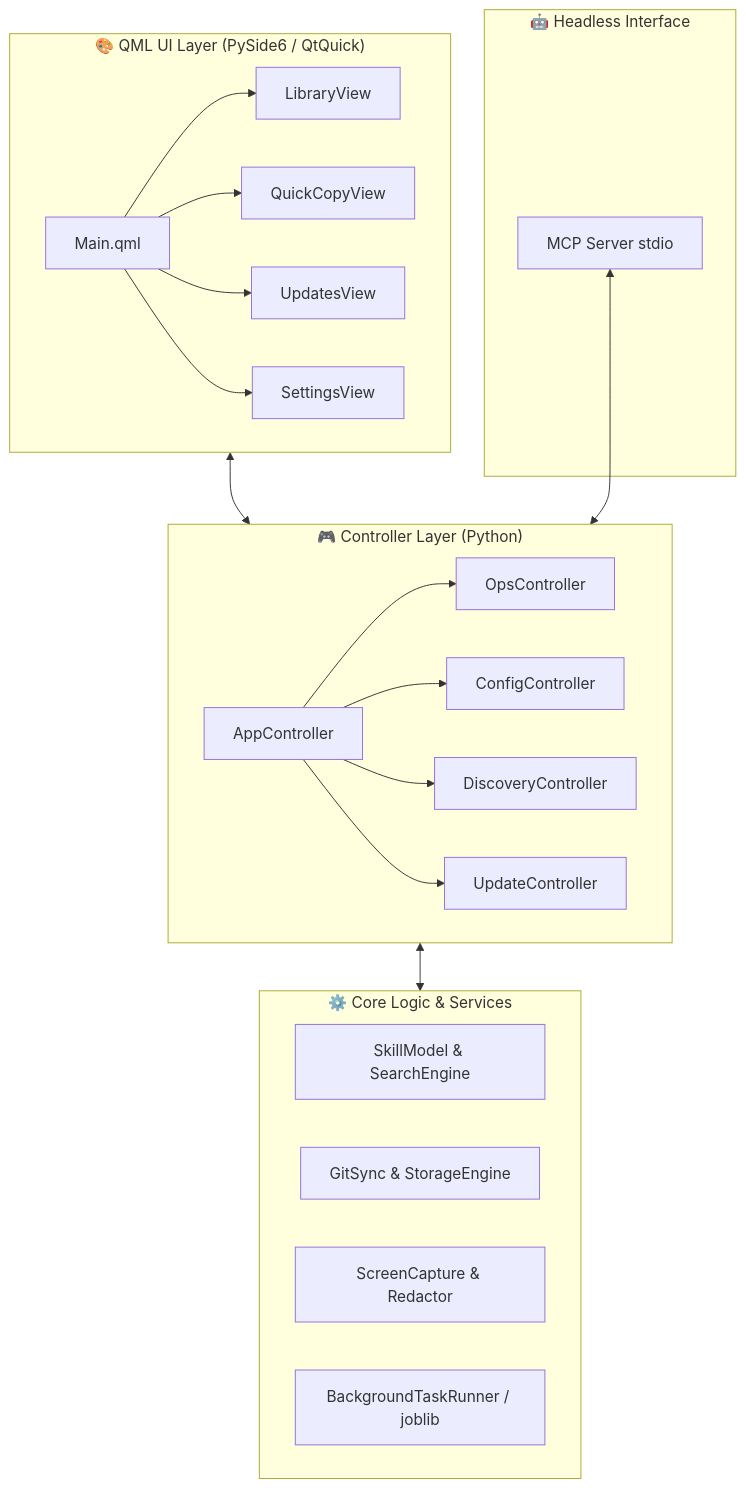
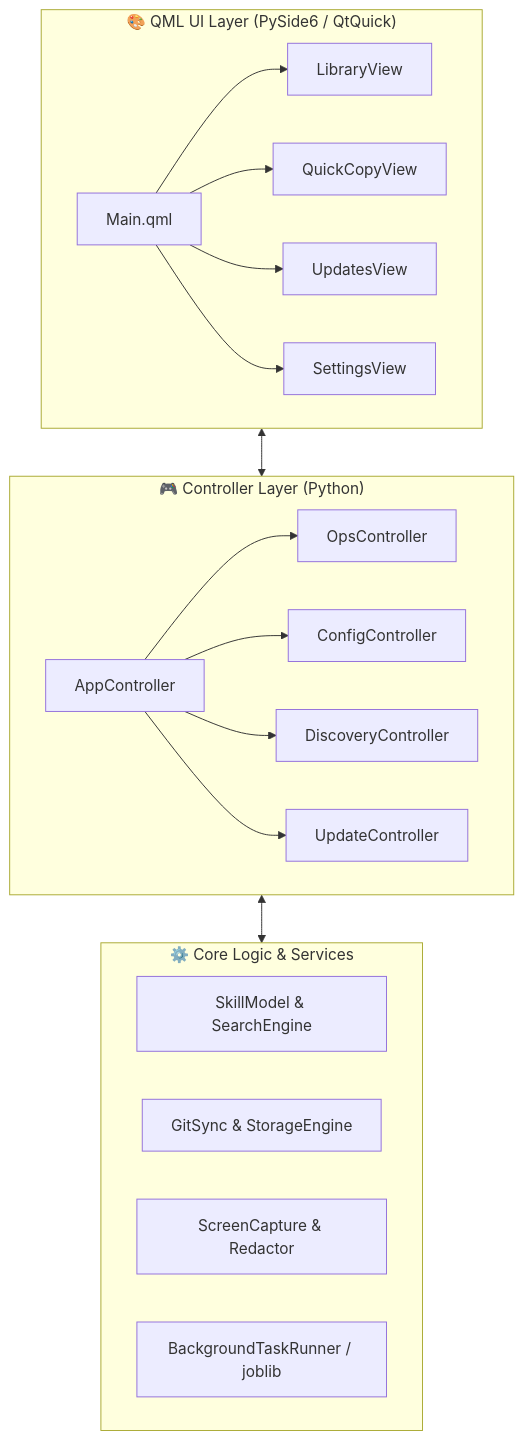
Before and after one commit to dishanagalawatta/SkillManager: the second of 2 diagrams in README.md, drawn with Mermaid. The commit also changed other lines of this file, not shown here.

````diff
--- a/README.md
+++ b/README.md
@@ -262,32 +254,27 @@
 ```mermaid
 flowchart TD
     subgraph UI ["🎨 QML UI Layer (PySide6 / QtQuick)"]
         A[Main.qml] --> B[LibraryView]
         A --> C[QuickCopyView]
         A --> D[UpdatesView]
         A --> E[SettingsView]
     end
 
     subgraph Controllers ["🎮 Controller Layer (Python)"]
         F[AppController]
         F --> G[OpsController]
         F --> H[ConfigController]
         F --> I[DiscoveryController]
         F --> J[UpdateController]
     end
 
     subgraph Core ["⚙️ Core Logic & Services"]
         K[SkillModel & SearchEngine]
         L[GitSync & StorageEngine]
         M[ScreenCapture & Redactor]
         N[BackgroundTaskRunner / joblib]
     end
 
-    subgraph Headless ["🤖 Headless Interface"]
-        O[MCP Server stdio]
-    end
-
     UI <--> Controllers
     Controllers <--> Core
-    O <--> Controllers
 ```
````
